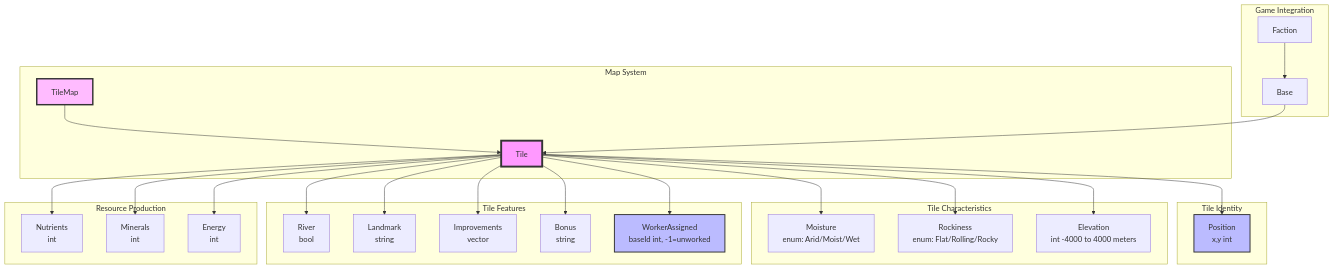
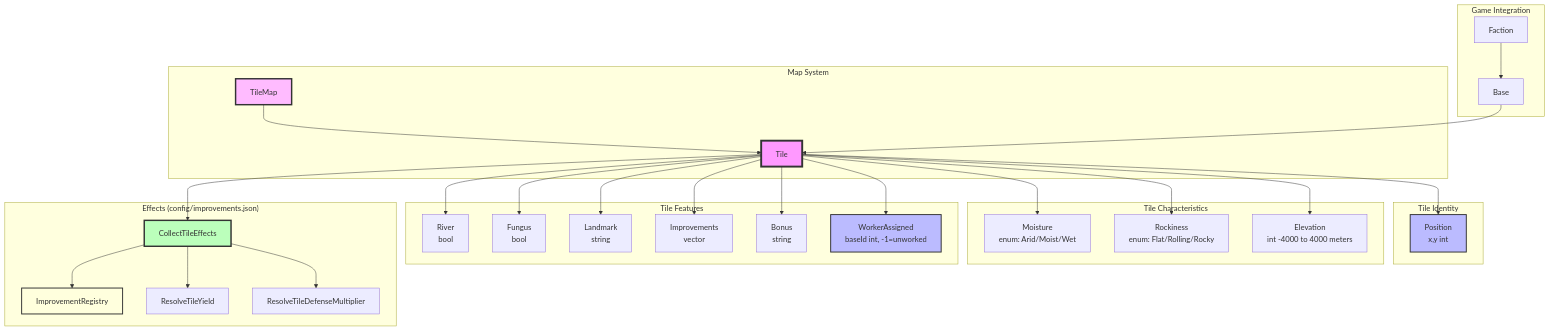
The first of 2 diagrams in docs/architecture/map-system.md (kilianloftis/alpha-centauri), drawn with Mermaid before and after one commit. The commit also changed other lines of this file and 31 other files, not shown here.

Commit message:
Tile improvements

````diff
--- a/docs/architecture/map-system.md
+++ b/docs/architecture/map-system.md
@@ -3,57 +3,63 @@
 ```mermaid
 graph TB
     subgraph "Map System"
         TileMap[TileMap]
         Tile[Tile]
     end
 
     subgraph "Tile Identity"
         Position[Position<br/>x,y int]
     end
 
     subgraph "Tile Characteristics"
         Moisture[Moisture<br/>enum: Arid/Moist/Wet]
         Rockiness[Rockiness<br/>enum: Flat/Rolling/Rocky]
         Elevation[Elevation<br/>int -4000 to 4000 meters]
     end
 
     subgraph "Tile Features"
         River[River<br/>bool]
+        Fungus[Fungus<br/>bool]
         Landmark[Landmark<br/>string]
         Improvements[Improvements<br/>vector<string>]
         Bonus[Bonus<br/>string]
         WorkerAssigned[WorkerAssigned<br/>baseId int, -1=unworked]
     end
 
-    subgraph "Resource Production"
-        Nutrients[Nutrients<br/>int]
-        Minerals[Minerals<br/>int]
-        Energy[Energy<br/>int]
+    subgraph "Effects (config/improvements.json)"
+        ImprovementRegistry[ImprovementRegistry]
+        CollectTileEffects[CollectTileEffects]
+        ResolveTileYield[ResolveTileYield]
+        ResolveTileDefenseMultiplier[ResolveTileDefenseMultiplier]
     end
 
     subgraph "Game Integration"
         Base[Base]
         Faction[Faction]
     end
 
     TileMap --> Tile
     Tile --> Position
     Tile --> Moisture
     Tile --> Rockiness
     Tile --> Elevation
     Tile --> River
+    Tile --> Fungus
     Tile --> Landmark
     Tile --> Improvements
     Tile --> Bonus
     Tile --> WorkerAssigned
-    Tile --> Nutrients
-    Tile --> Minerals
-    Tile --> Energy
+    Tile --> CollectTileEffects
+    CollectTileEffects --> ImprovementRegistry
+    CollectTileEffects --> ResolveTileYield
+    CollectTileEffects --> ResolveTileDefenseMultiplier
     Base --> Tile
     Faction --> Base
 
     style Tile fill:#f9f,stroke:#333,stroke-width:4px
     style TileMap fill:#fbf,stroke:#333,stroke-width:3px
     style Position fill:#bbf,stroke:#333,stroke-width:2px
     style WorkerAssigned fill:#bbf,stroke:#333,stroke-width:2px
+    style ImprovementRegistry fill:#ffd,stroke:#333,stroke-width:2px
+    style CollectTileEffects fill:#bfb,stroke:#333,stroke-width:3px
 ```
````
